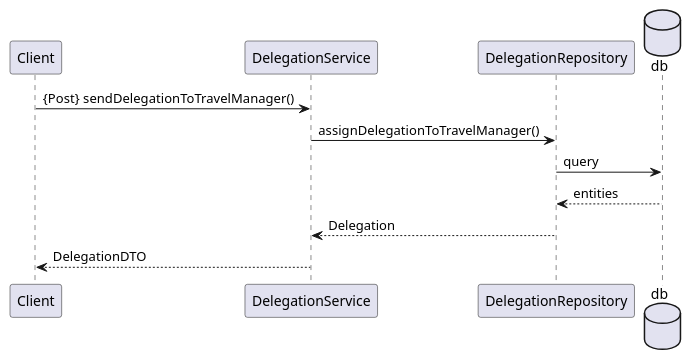
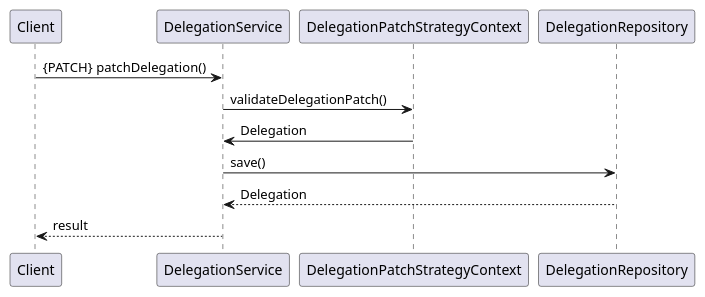
Before and after one commit to Buk1m/delegation-assistance: the diagram in documentation/DelegationFlow/SendDelegationToTravelManager/SendDelegationToTravelManagerToAccept.md, drawn with PlantUML. The commit also changed other lines of this file and 26 other files, not shown here.

First line of the commit message:
Merge pull request #33 in IP/idemia19 from IDEMIA2019-25-backend-delegation-flow to master

```diff
--- a/documentation/DelegationFlow/SendDelegationToTravelManager/SendDelegationToTravelManagerToAccept.md
+++ b/documentation/DelegationFlow/SendDelegationToTravelManager/SendDelegationToTravelManagerToAccept.md
@@ -5,9 +5,8 @@
 @startuml SendDelegationToTravelManagerToAccept
-Client->DelegationService:{Post} sendDelegationToTravelManager()
-DelegationService->DelegationRepository:assignDelegationToTravelManager()
-database db
-DelegationRepository->db:query
-db-->DelegationRepository:entities
+Client->DelegationService:{PATCH} patchDelegation()
+DelegationService->DelegationPatchStrategyContext:validateDelegationPatch()
+DelegationPatchStrategyContext->DelegationService:Delegation
+DelegationService->DelegationRepository:save()
 DelegationRepository-->DelegationService:Delegation
-DelegationService-->Client:DelegationDTO
+DelegationService-->Client:result
 @enduml
```
